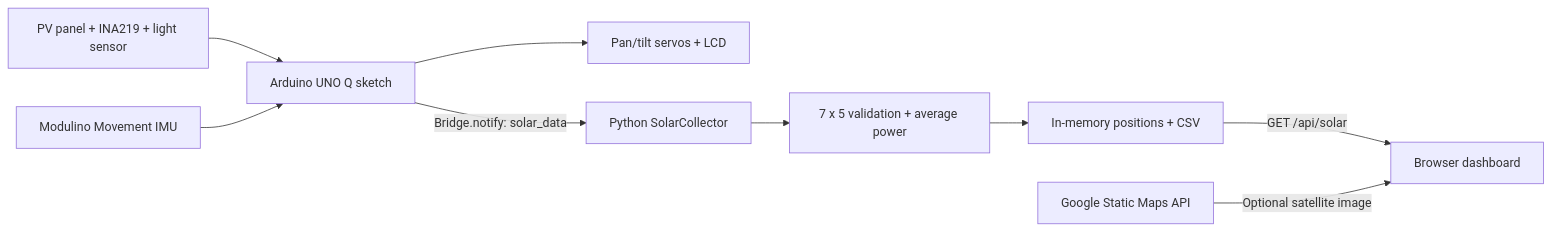
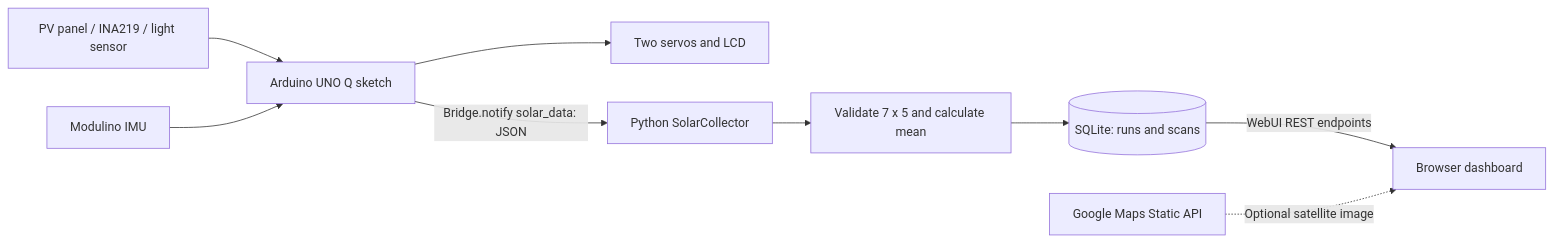
Before and after one commit to PicaInTheGoolag/Photo-Rover-HackTurin2026-Scappati-da-Milano-: the diagram in README.md, drawn with Mermaid. The commit also changed other lines of this file and 3 other files, not shown here.

````diff
--- a/README.md
+++ b/README.md
@@ -26,11 +24,11 @@
 ```mermaid
 flowchart LR
-    A[PV panel + INA219 + light sensor] --> B[Arduino UNO Q sketch]
-    C[Modulino Movement IMU] --> B
-    B --> D[Pan/tilt servos + LCD]
-    B -->|Bridge.notify: solar_data| E[Python SolarCollector]
-    E --> F[7 x 5 validation + average power]
-    F --> G[In-memory positions + CSV]
-    G -->|GET /api/solar| H[Browser dashboard]
-    I[Google Static Maps API] -->|Optional satellite image| H
+    A[PV panel / INA219 / light sensor] --> B[Arduino UNO Q sketch]
+    C[Modulino IMU] --> B
+    B --> D[Two servos and LCD]
+    B -->|Bridge.notify solar_data: JSON| E[Python SolarCollector]
+    E --> F[Validate 7 x 5 and calculate mean]
+    F --> G[(SQLite: runs and scans)]
+    G -->|WebUI REST endpoints| H[Browser dashboard]
+    I[Google Maps Static API] -.->|Optional satellite image| H
 ```
````
